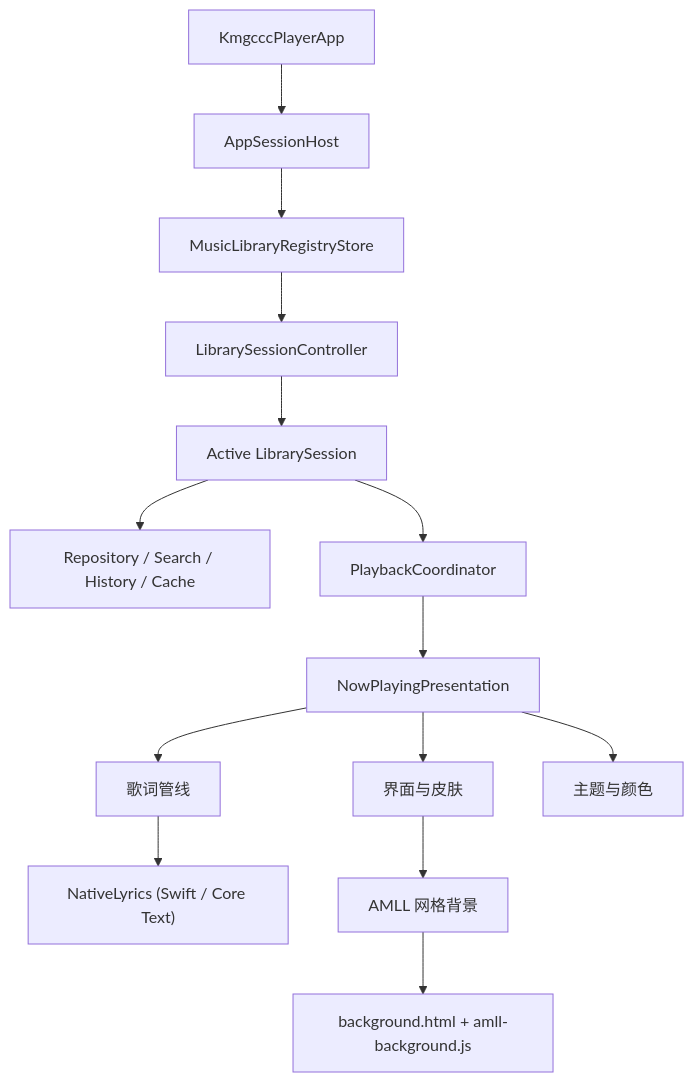
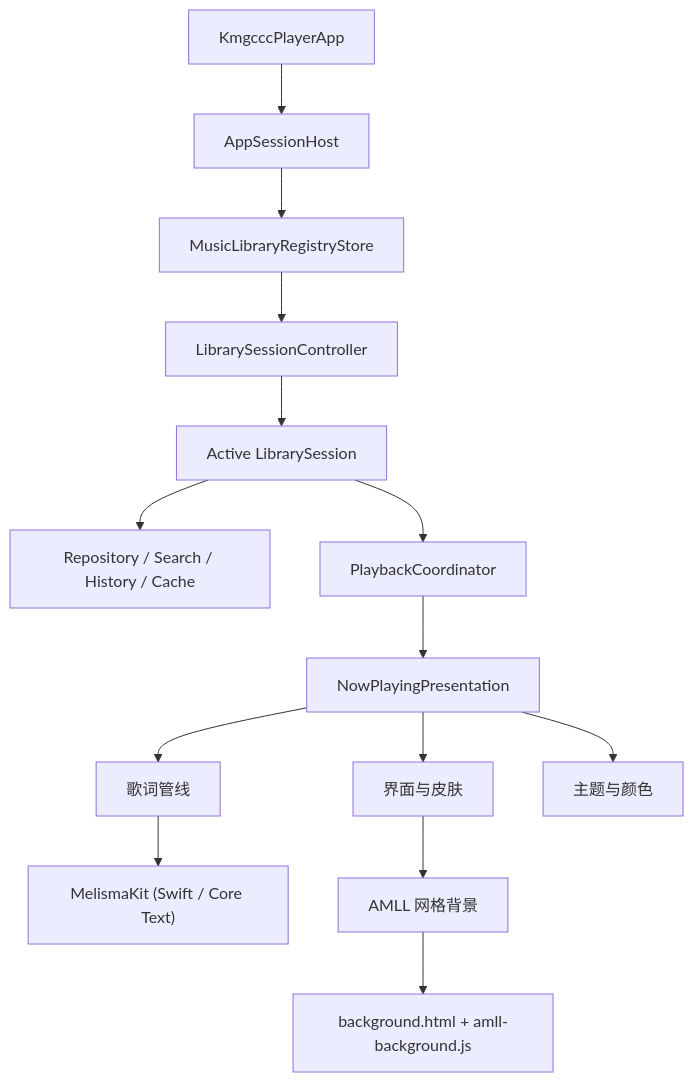
One commit to kmgcc/kmgccc_player changed the diagram in docs/architecture.md. Above: the diagram before and after it, drawn with Mermaid. The commit also changed 35 other files, not shown here.

````diff
--- a/docs/architecture.md
+++ b/docs/architecture.md
@@ -7,16 +7,16 @@
 ```mermaid
 flowchart TD
     App["KmgcccPlayerApp"] --> Host["AppSessionHost"]
     Host --> Registry["MusicLibraryRegistryStore"]
     Registry --> Controller["LibrarySessionController"]
     Controller --> Session["Active LibrarySession"]
     Session --> Library["Repository / Search / History / Cache"]
     Session --> Playback["PlaybackCoordinator"]
     Playback --> Presentation["NowPlayingPresentation"]
     Presentation --> UI["界面与皮肤"]
     Presentation --> Lyrics["歌词管线"]
     Presentation --> Theme["主题与颜色"]
-    Lyrics --> NativeLyrics["NativeLyrics (Swift / Core Text)"]
+    Lyrics --> NativeLyrics["MelismaKit (Swift / Core Text)"]
     UI --> MeshBackground["AMLL 网格背景"]
     MeshBackground --> AMLLBackground["background.html + amll-background.js"]
 ```
````
